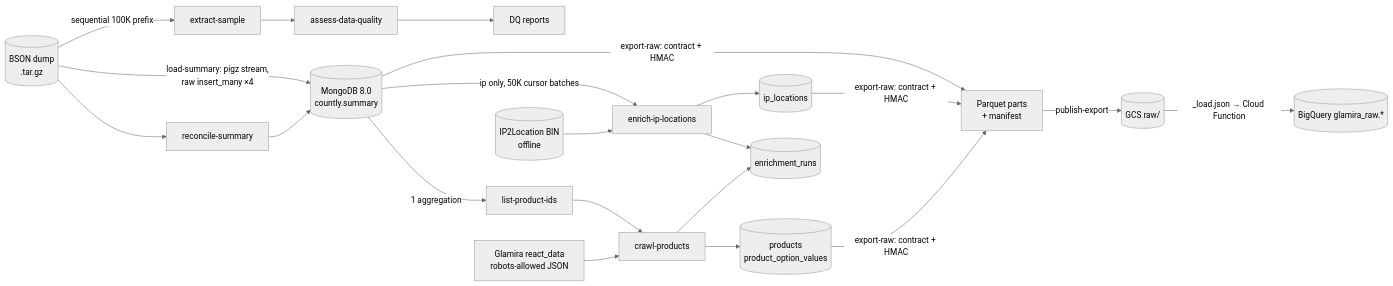
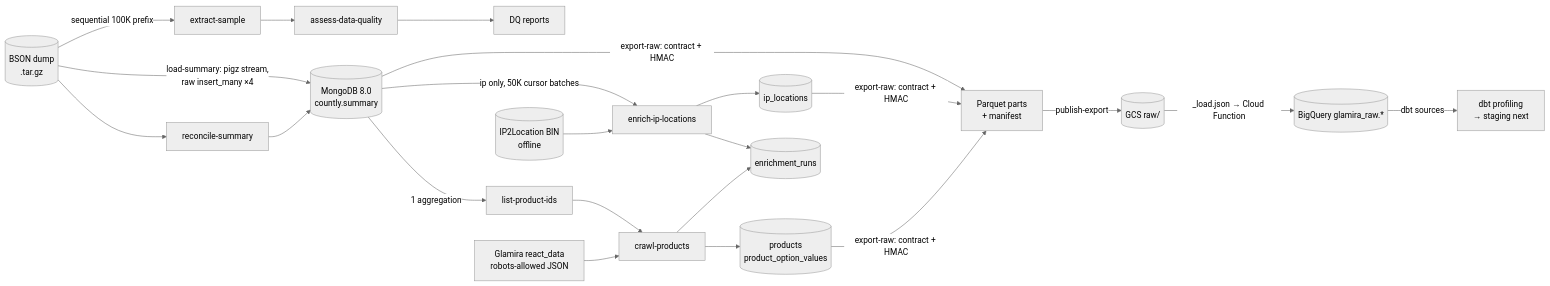
The diagram in README.md (ducklemon596/ecommerce-clickstream-pipeline-gcp), drawn with Mermaid (neutral theme) before and after one commit. The commit also changed other lines of this file and 2 other files, not shown here.

First line of the commit message:
docs: bring the README up to the dbt profiling stage

````diff
--- a/README.md
+++ b/README.md
@@ -34,17 +34,18 @@
 ```mermaid
 flowchart LR
     A[(BSON dump<br/>.tar.gz)] -->|load-summary: pigz stream,<br/>raw insert_many ×4| M[(MongoDB 8.0<br/>countly.summary)]
     A --> V[reconcile-summary] --> M
     A -->|sequential 100K prefix| S[extract-sample] --> Q[assess-data-quality] --> R1[DQ reports]
     M -->|ip only, 50K cursor batches| I[enrich-ip-locations]
     B[(IP2Location BIN<br/>offline)] --> I
     I --> IL[(ip_locations)]
     M -->|1 aggregation| L[list-product-ids] --> C[crawl-products]
     W[Glamira react_data<br/>robots-allowed JSON] --> C
     C --> P[(products<br/>product_option_values)]
     I --> RUN[(enrichment_runs)]
     C --> RUN
     M & IL & P -->|export-raw: contract + HMAC| X[Parquet parts<br/>+ manifest]
     X -->|publish-export| GCS[(GCS raw/)]
     GCS -->|_load.json → Cloud Function| BQ[(BigQuery glamira_raw.*)]
+    BQ -->|dbt sources| D[dbt profiling<br/>→ staging next]
 ```
````
